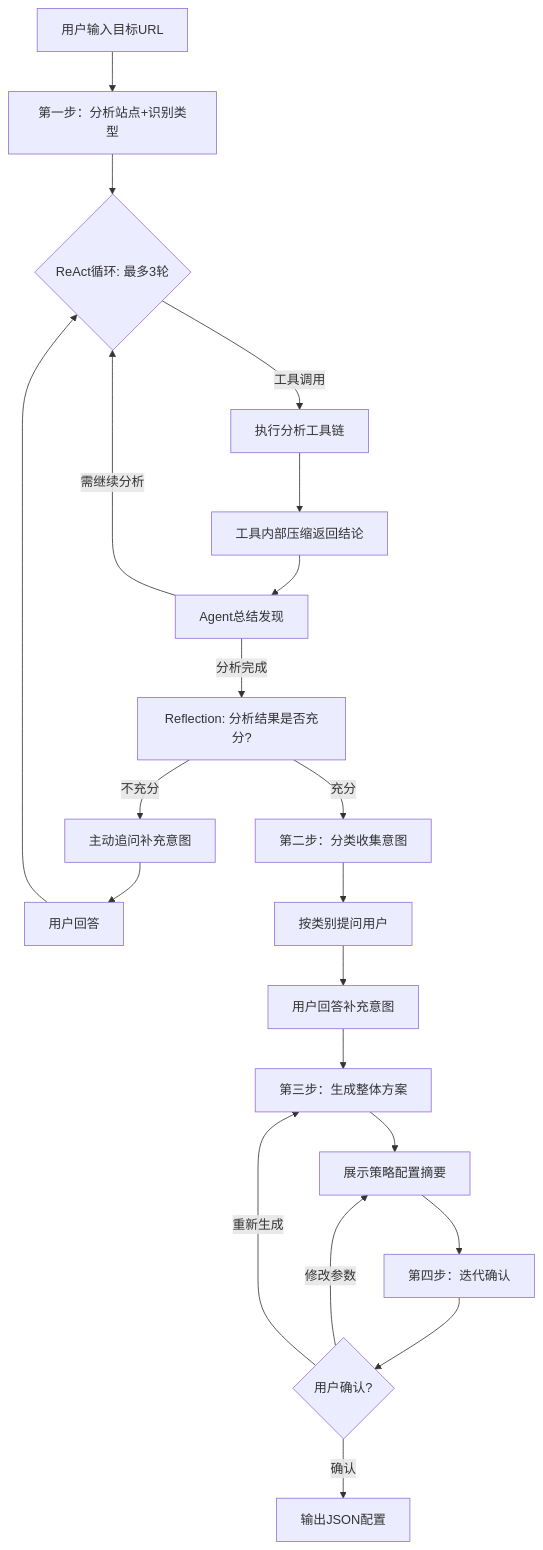
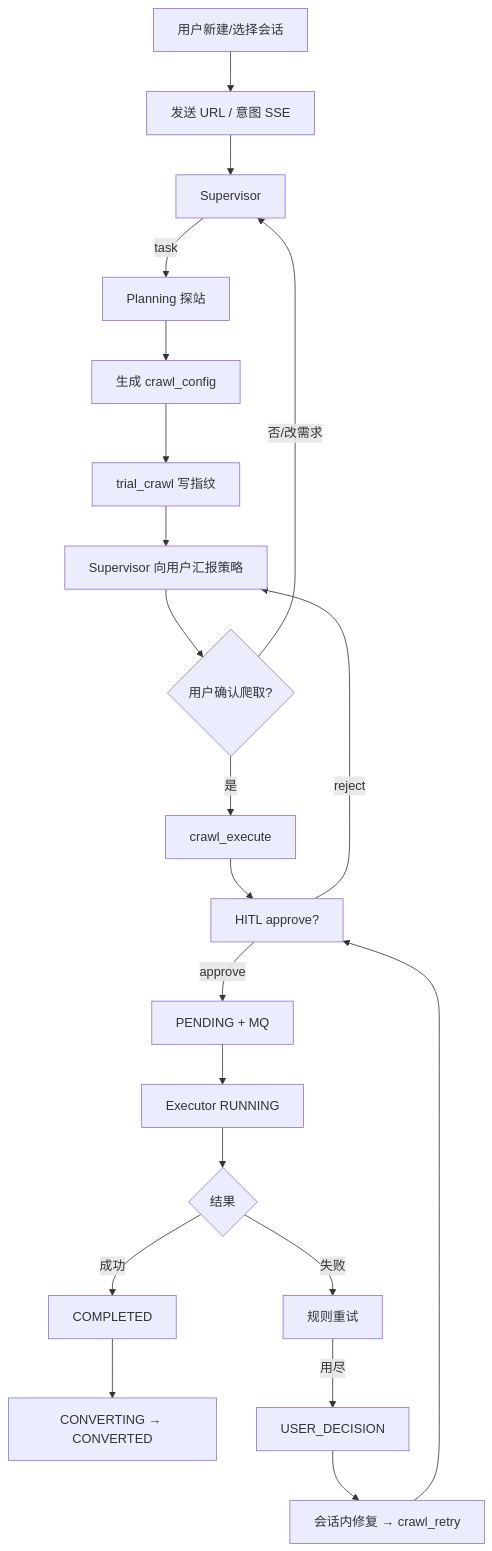
One commit to jiangwch03/knowledge changed the first of 2 diagrams in docs/rag/网页爬取Agent/04-交互流程设计.md. Above: the diagram before and after it, drawn with Mermaid. The commit also changed other lines of this file and 8 other files, not shown here.

````diff
--- a/docs/rag/网页爬取Agent/04-交互流程设计.md
+++ b/docs/rag/网页爬取Agent/04-交互流程设计.md
@@ -14,23 +12,23 @@
 ```mermaid
-graph TB
-    A[用户输入目标URL] --> B[第一步：分析站点+识别类型]
-    B --> C{ReAct循环: 最多3轮}
-    C -->|工具调用| D[执行分析工具链]
-    D --> E[工具内部压缩返回结论]
-    E --> F[Agent总结发现]
-    F -->|需继续分析| C
-    F -->|分析完成| G[Reflection: 分析结果是否充分?]
-    G -->|不充分| H[主动追问补充意图]
-    H --> I[用户回答]
-    I --> C
-    G -->|充分| J[第二步：分类收集意图]
-    J --> K[按类别提问用户]
-    K --> L[用户回答补充意图]
-    L --> M[第三步：生成整体方案]
-    M --> N[展示策略配置摘要]
-    N --> O[第四步：迭代确认]
-    O --> P{用户确认?}
-    P -->|修改参数| N
-    P -->|重新生成| M
-    P -->|确认| Q[输出JSON配置]
+flowchart TD
+    A[用户新建/选择会话] --> B[发送 URL / 意图 SSE]
+    B --> C[Supervisor]
+    C -->|task| D[Planning 探站]
+    D --> E[生成 crawl_config]
+    E --> F[trial_crawl 写指纹]
+    F --> G[Supervisor 向用户汇报策略]
+    G --> H{用户确认爬取?}
+    H -->|否/改需求| C
+    H -->|是| I[crawl_execute]
+    I --> J[HITL approve?]
+    J -->|reject| G
+    J -->|approve| K[PENDING + MQ]
+    K --> L[Executor RUNNING]
+    L --> M{结果}
+    M -->|成功| N[COMPLETED]
+    N --> O[CONVERTING → CONVERTED]
+    M -->|失败| P[规则重试]
+    P -->|用尽| Q[USER_DECISION]
+    Q --> R[会话内修复 → crawl_retry]
+    R --> J
 ```
````
